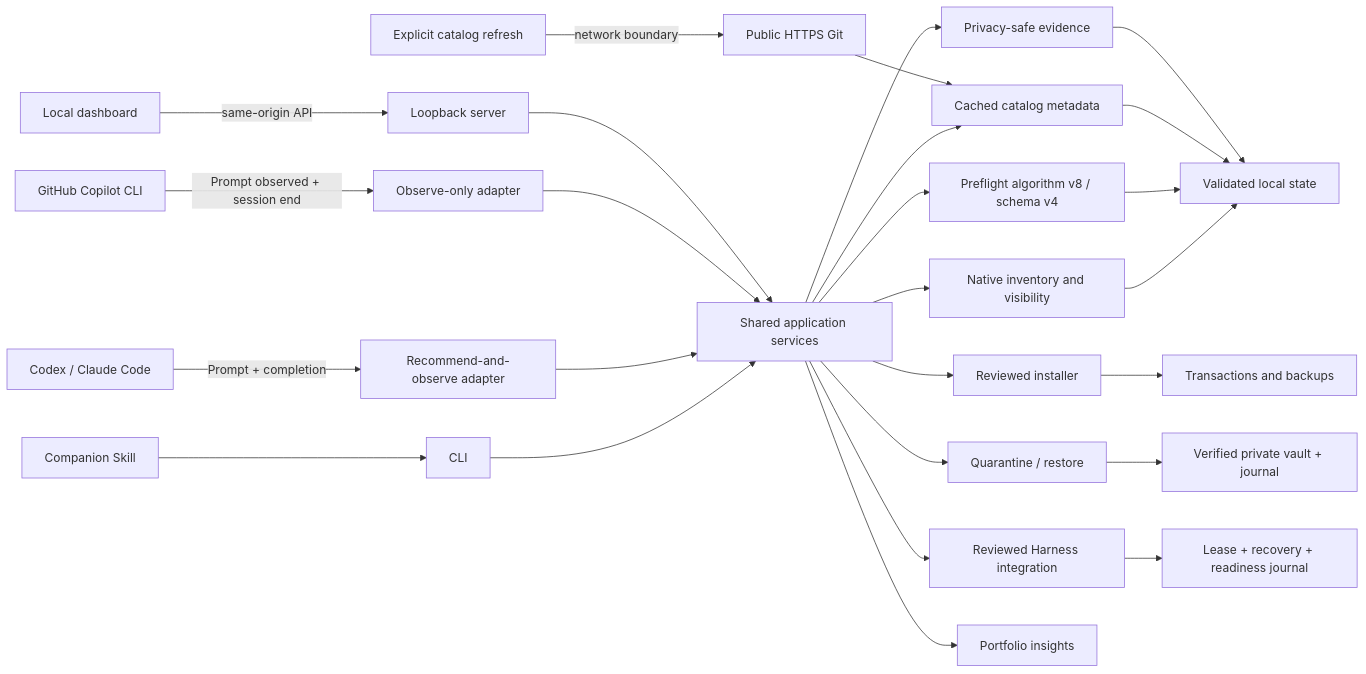
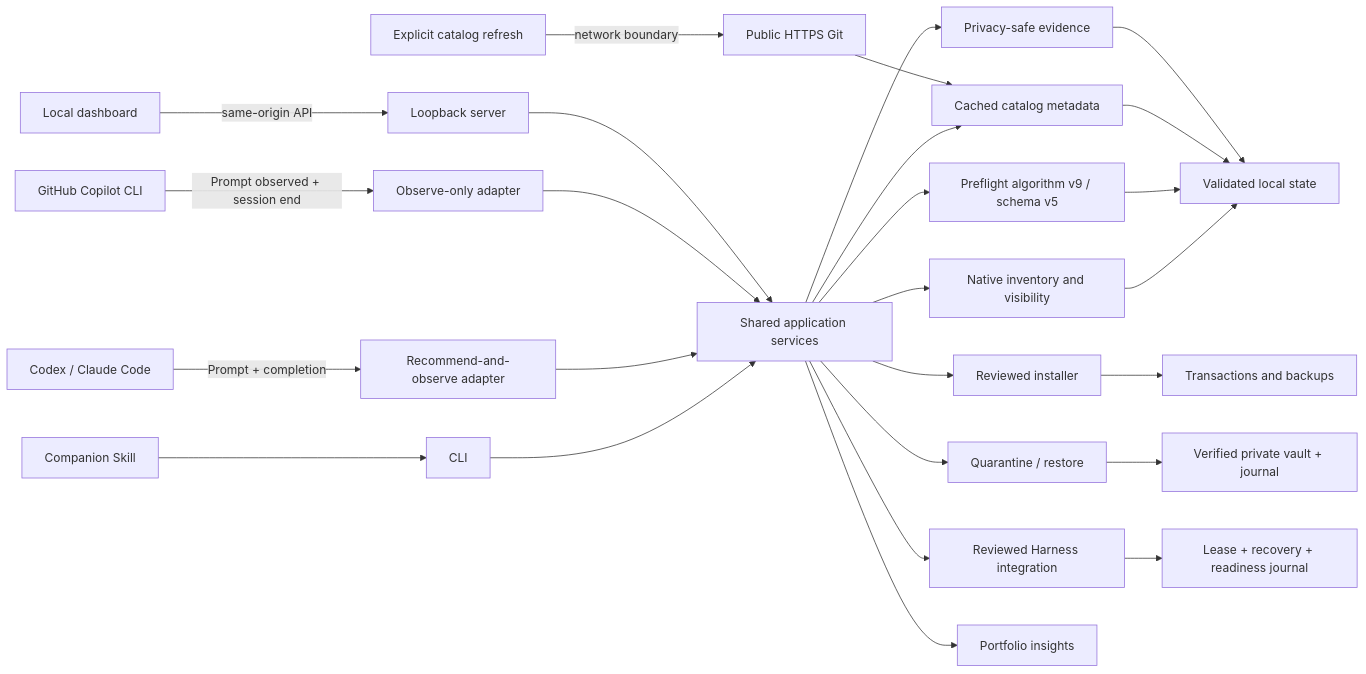
One commit to CongBao/skill-steward changed the diagram in docs/architecture.md. Above: the diagram before and after it, drawn with Mermaid. The commit also changed other lines of this file and 35 other files, not shown here.

````diff
--- a/docs/architecture.md
+++ b/docs/architecture.md
@@ -5,28 +5,28 @@
 ```mermaid
 flowchart LR
   Harness[Codex / Claude Code] -->|Prompt + completion| Hook[Recommend-and-observe adapter]
   Copilot[GitHub Copilot CLI] -->|Prompt observed + session end| Observe[Observe-only adapter]
   Companion[Companion Skill] --> CLI[CLI]
   Browser[Local dashboard] -->|same-origin API| Server[Loopback server]
   CLI --> Services[Shared application services]
   Hook --> Services
   Observe --> Services
   Server --> Services
   Services --> Inventory[Native inventory and visibility]
-  Services --> Preflight[Preflight algorithm v8 / schema v4]
+  Services --> Preflight[Preflight algorithm v9 / schema v5]
   Services --> Catalog[Cached catalog metadata]
   Services --> Installer[Reviewed installer]
   Services --> Evidence[Privacy-safe evidence]
   Services --> Governance[Quarantine / restore]
   Services --> Integrations[Reviewed Harness integration]
   Services --> Insights[Portfolio insights]
   Inventory --> Store
   Preflight --> Store[Validated local state]
   Catalog --> Store
   Installer --> Journal[Transactions and backups]
   Evidence --> Store
   Governance --> Vault[Verified private vault + journal]
   Integrations --> Recovery[Lease + recovery + readiness journal]
   Refresh[Explicit catalog refresh] -->|network boundary| PublicGit[Public HTTPS Git]
   PublicGit --> Catalog
 ```
````
